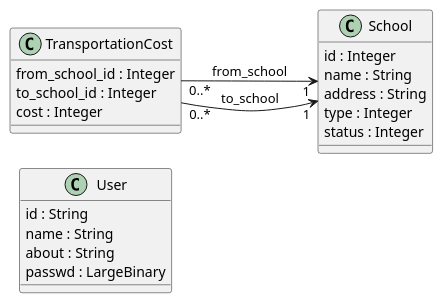
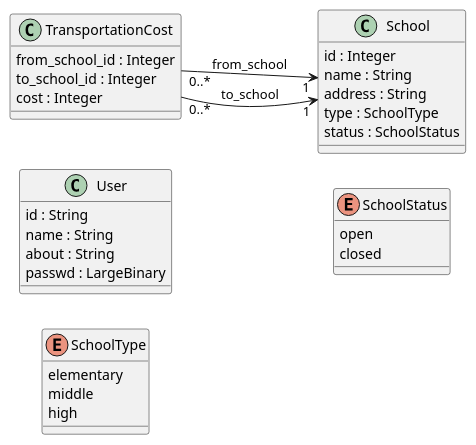
The diagram in uml/class.wsd (Kolm416/26FCSC3020-prj-1), drawn with PlantUML before and after one commit.

```diff
--- a/uml/class.wsd
+++ b/uml/class.wsd
@@ -1,28 +1,39 @@
 @startuml class
 left to right direction
 
 class User {
     id : String
     name : String
     about : String
     passwd : LargeBinary
 }
 
+enum SchoolType {
+    elementary
+    middle
+    high
+}
+
+enum SchoolStatus {
+    open
+    closed
+}
+
 class School {
     id : Integer
     name : String
     address : String
-    type : Integer
-    status : Integer
+    type : SchoolType
+    status : SchoolStatus
 }
 
 class TransportationCost {
     from_school_id : Integer
     to_school_id : Integer
     cost : Integer
 }
 
 TransportationCost "0..*" --> "1" School : from_school
 TransportationCost "0..*" --> "1" School : to_school
 
 @enduml
```
